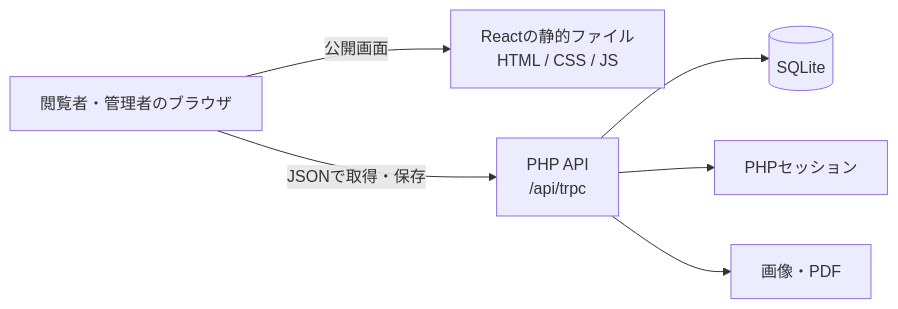
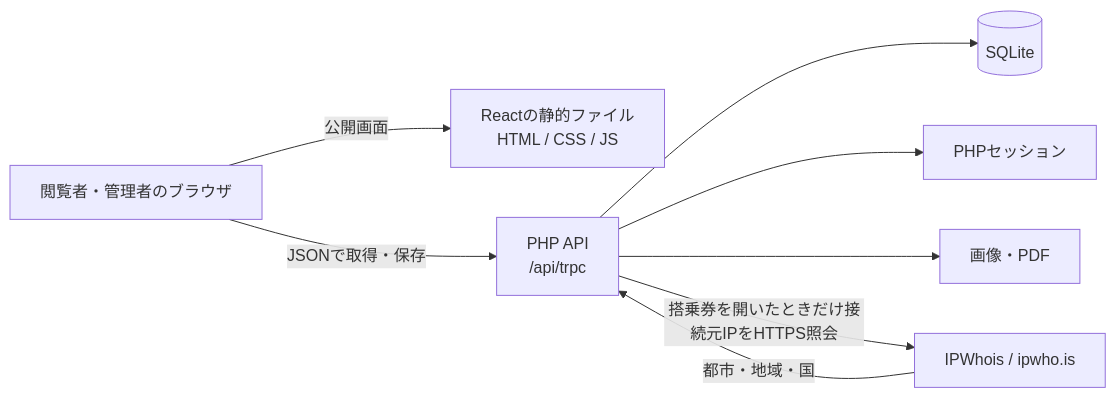
One commit to noppy3325-droid/tukiharu-portfolio changed the diagram in README.md. Above: the diagram before and after it, drawn with Mermaid. The commit also changed other lines of this file and 67 other files, not shown here.

````diff
--- a/README.md
+++ b/README.md
@@ -31,15 +31,18 @@
 ```mermaid
 flowchart LR
   Browser[閲覧者・管理者のブラウザ]
   Static[Reactの静的ファイル<br/>HTML / CSS / JS]
   Api[PHP API<br/>/api/trpc]
   Db[(SQLite)]
   Session[PHPセッション]
   Uploads[画像・PDF]
+  Geo[IPWhois / ipwho.is]
 
   Browser -->|公開画面| Static
   Browser -->|JSONで取得・保存| Api
   Api --> Db
   Api --> Session
   Api --> Uploads
+  Api -->|搭乗券を開いたときだけ接続元IPをHTTPS照会| Geo
+  Geo -->|都市・地域・国| Api
 ```
````
